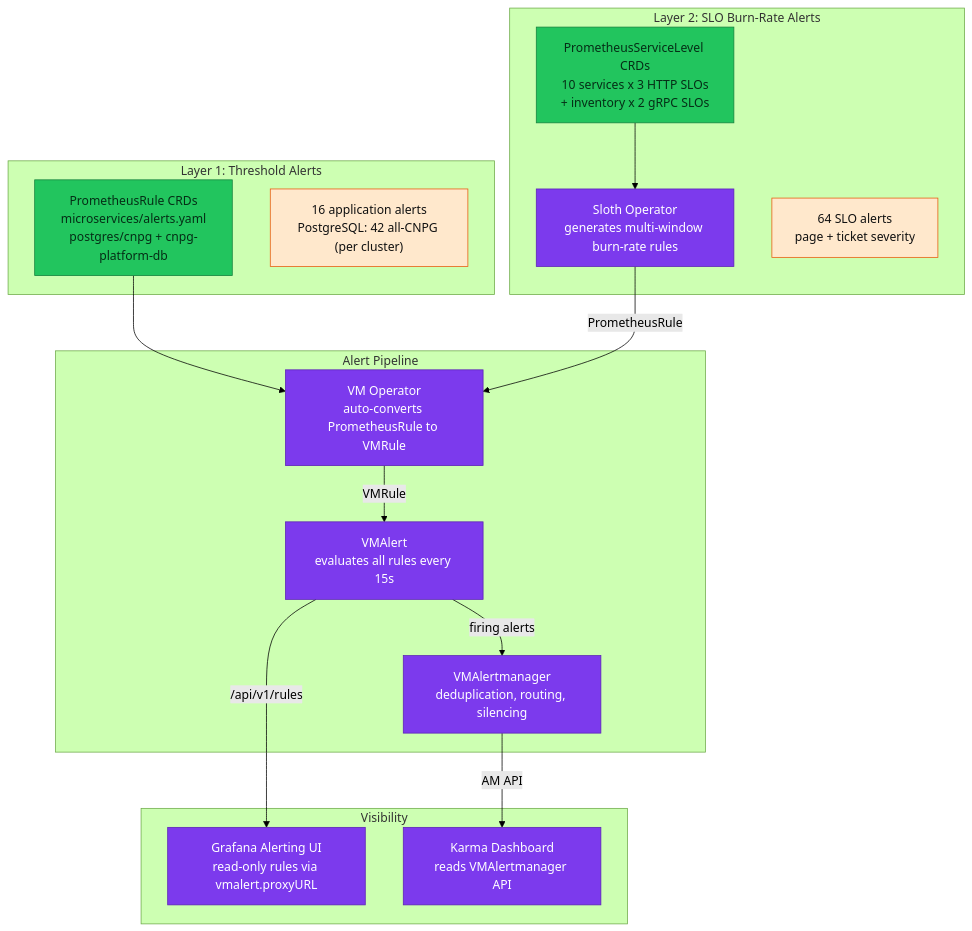
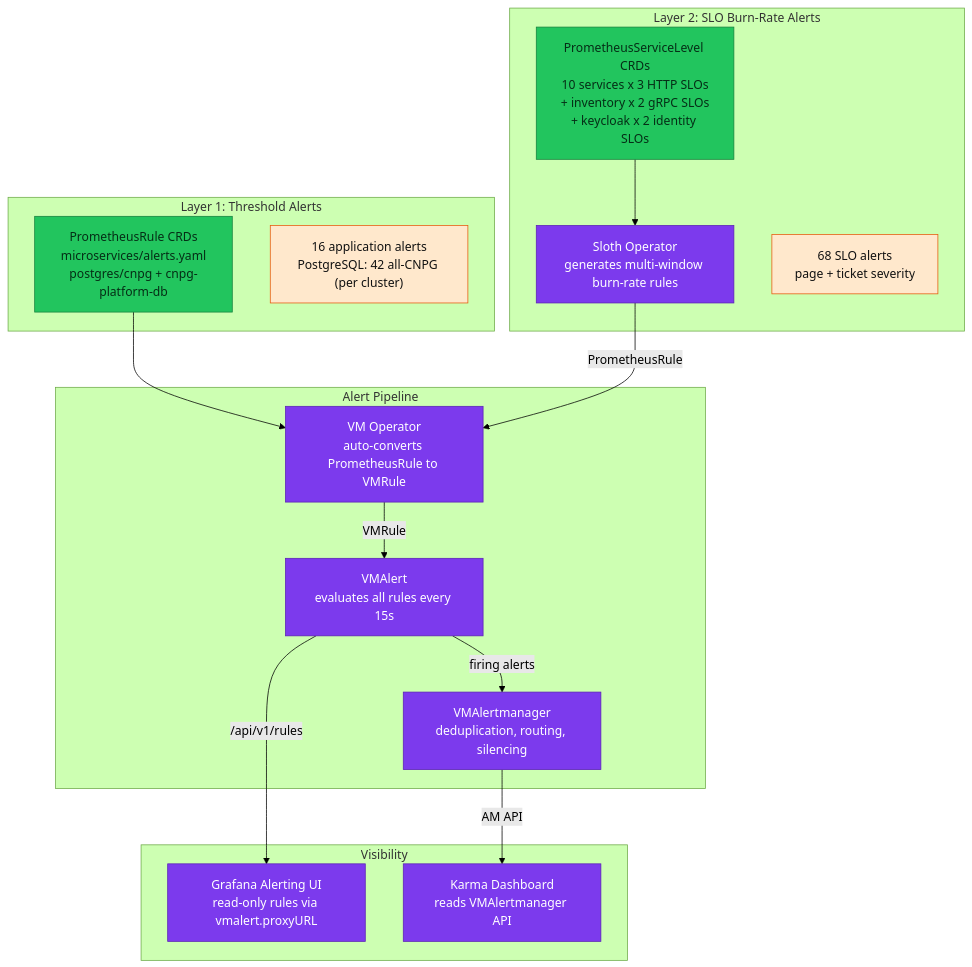
One commit to duynhlab/homelab changed the second of 3 diagrams in docs/observability/alerting/README.md. Above: the diagram before and after it, drawn with Mermaid (forest theme). The commit also changed other lines of this file and 8 other files, not shown here.

First line of the commit message:
Add Keycloak login SLOs (Sloth)

````diff
--- a/docs/observability/alerting/README.md
+++ b/docs/observability/alerting/README.md
@@ -101,43 +101,43 @@
 ```mermaid
 flowchart TD
     subgraph layer1 ["Layer 1: Threshold Alerts"]
         PR1["PrometheusRule CRDs<br/>microservices/alerts.yaml<br/>postgres/cnpg + cnpg-platform-db"]
         T1["16 application alerts<br/>PostgreSQL: 42 all-CNPG (per cluster)"]
     end
 
     subgraph layer2 ["Layer 2: SLO Burn-Rate Alerts"]
-        PSL["PrometheusServiceLevel CRDs<br/>10 services x 3 HTTP SLOs<br/>+ inventory x 2 gRPC SLOs"]
+        PSL["PrometheusServiceLevel CRDs<br/>10 services x 3 HTTP SLOs<br/>+ inventory x 2 gRPC SLOs<br/>+ keycloak x 2 identity SLOs"]
         Sloth["Sloth Operator<br/>generates multi-window burn-rate rules"]
-        T2["64 SLO alerts<br/>page + ticket severity"]
+        T2["68 SLO alerts<br/>page + ticket severity"]
     end
 
     subgraph pipeline ["Alert Pipeline"]
         VMOp["VM Operator<br/>auto-converts PrometheusRule to VMRule"]
         VMAlert["VMAlert<br/>evaluates all rules every 15s"]
         VMAM["VMAlertmanager<br/>deduplication, routing, silencing"]
     end
 
     subgraph viz [Visibility]
         Grafana["Grafana Alerting UI<br/>read-only rules via vmalert.proxyURL"]
         Karma["Karma Dashboard<br/>reads VMAlertmanager API"]
     end
 
     PR1 --> VMOp
     PSL --> Sloth
     Sloth -->|"PrometheusRule"| VMOp
     VMOp -->|"VMRule"| VMAlert
     VMAlert -->|"firing alerts"| VMAM
     VMAlert -->|"/api/v1/rules"| Grafana
     VMAM -->|"AM API"| Karma
 
     classDef service fill:#06b6d4,color:#082f49,stroke:#0e7490;
     classDef platform fill:#7c3aed,color:#fff,stroke:#5b21b6;
     classDef external fill:#64748b,color:#fff,stroke:#334155;
     classDef metric fill:#ffe8cc,color:#111,stroke:#e8590c;
     classDef collector fill:#a5d8ff,color:#111,stroke:#1971c2;
     classDef data fill:#22c55e,color:#052e16,stroke:#15803d;
     classDef planned fill:#fff,color:#475569,stroke:#64748b,stroke-dasharray:5 5;
     class PR1,PSL data;
     class VMOp,Sloth,VMAlert,VMAM,Grafana,Karma platform;
     class T1,T2 metric;
 ```
````
